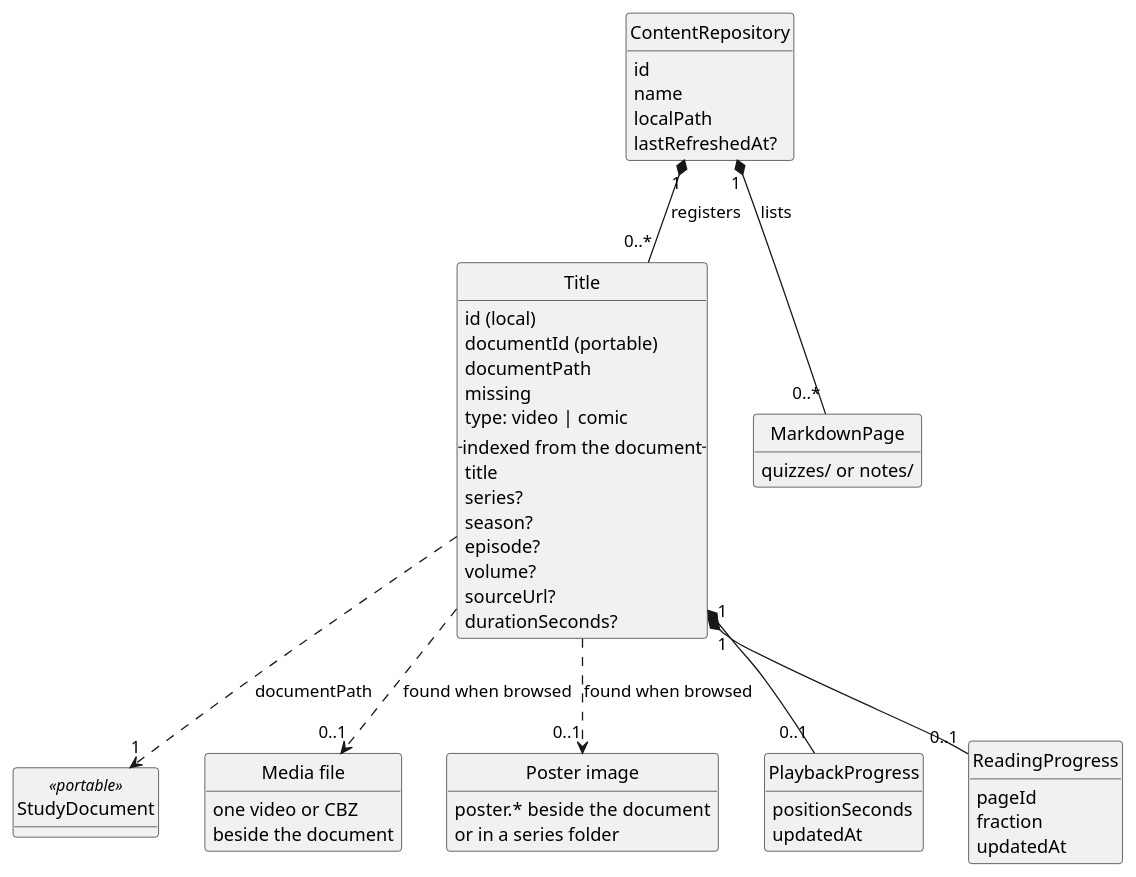
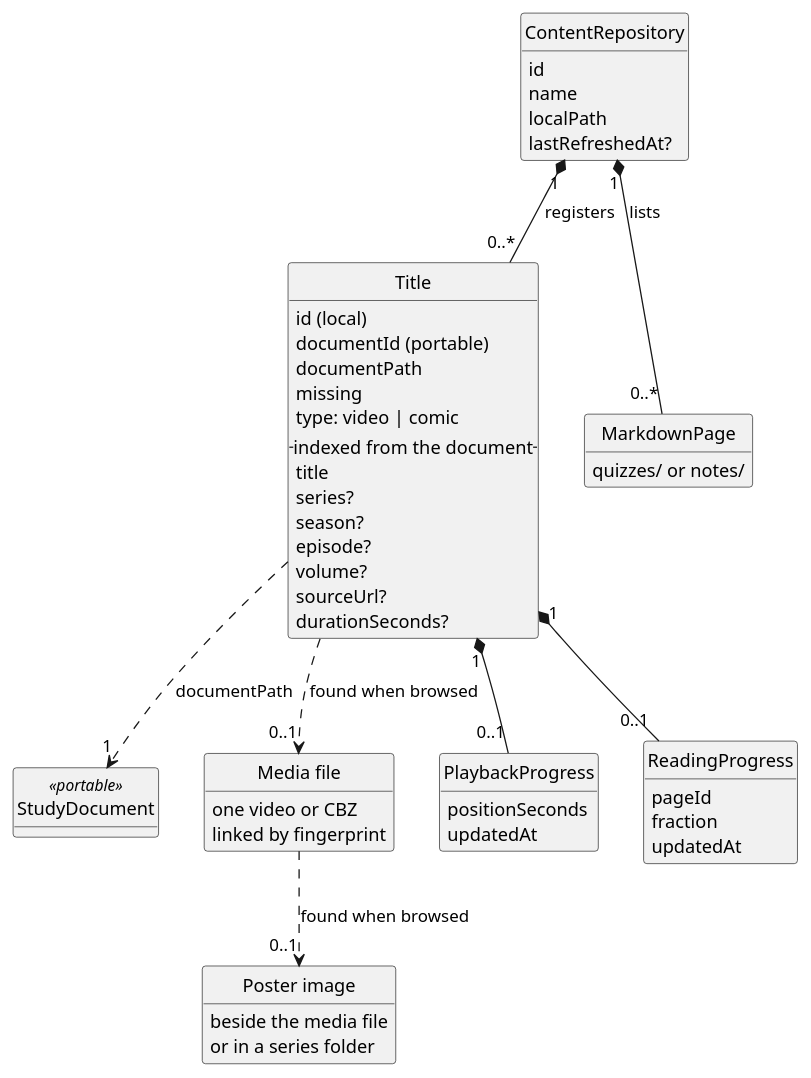
The diagram in docs/diagrams/library-model.puml (parkie213/petites-roues), drawn with PlantUML before and after one commit. The commit also changed 66 other files, not shown here.

```diff
--- a/docs/diagrams/library-model.puml
+++ b/docs/diagrams/library-model.puml
@@ -1,58 +1,58 @@
 @startuml
 hide methods
 hide circle
 skinparam shadowing false
 skinparam classAttributeIconSize 0
 skinparam defaultFontName sans-serif
 
 class ContentRepository {
   id
   name
   localPath
   lastRefreshedAt?
 }
 class Title {
   id (local)
   documentId (portable)
   documentPath
   missing
   type: video | comic
   -- indexed from the document --
   title
   series?
   season?
   episode?
   volume?
   sourceUrl?
   durationSeconds?
 }
 class StudyDocument <<portable>>
 class "Media file" as Media {
   one video or CBZ
-  beside the document
+  linked by fingerprint
 }
 class "Poster image" as Poster {
-  poster.* beside the document
+  beside the media file
   or in a series folder
 }
 class PlaybackProgress {
   positionSeconds
   updatedAt
 }
 class ReadingProgress {
   pageId
   fraction
   updatedAt
 }
 class MarkdownPage {
   quizzes/ or notes/
 }
 
 ContentRepository "1" *-- "0..*" Title : registers
 ContentRepository "1" *-- "0..*" MarkdownPage : lists
 Title ..> "1" StudyDocument : documentPath
 Title ..> "0..1" Media : found when browsed
-Title ..> "0..1" Poster : found when browsed
+Media ..> "0..1" Poster : found when browsed
 Title "1" *-- "0..1" PlaybackProgress
 Title "1" *-- "0..1" ReadingProgress
 @enduml
```
